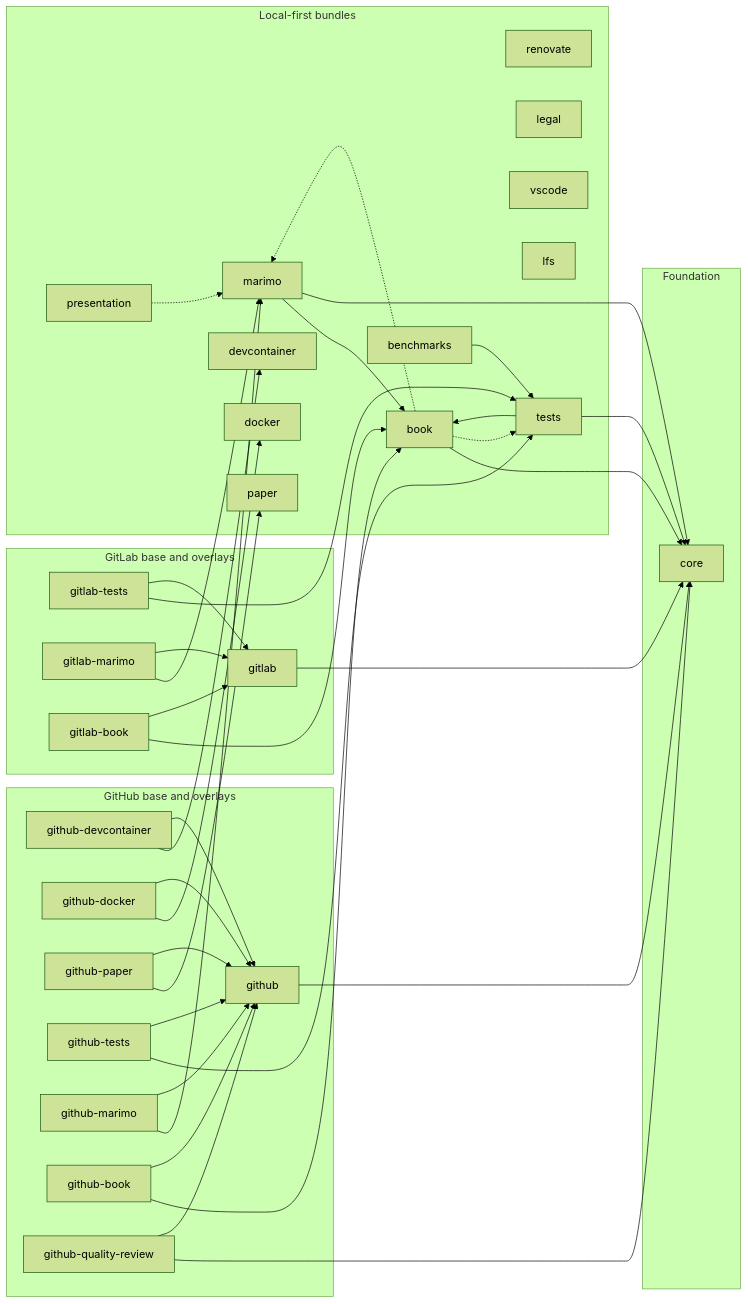
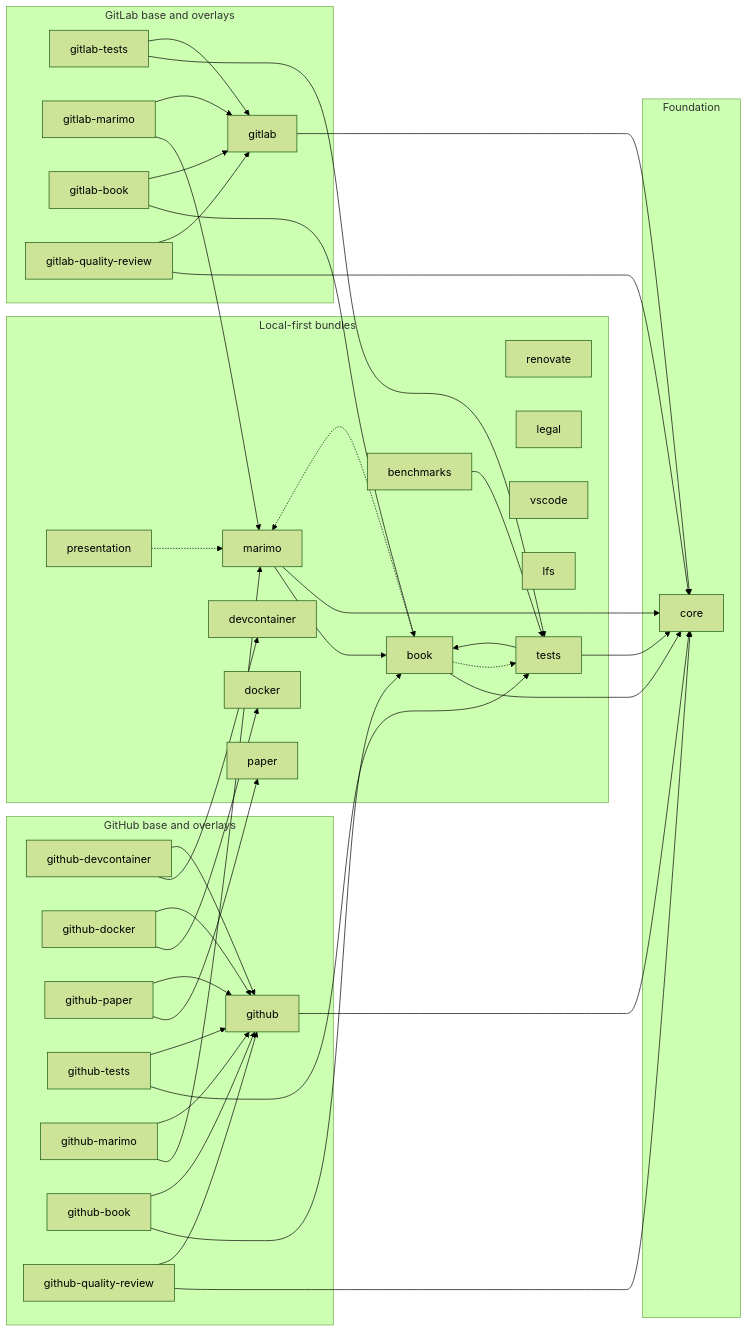
Before and after one commit to Jebel-Quant/rhiza: the diagram in docs/reference/GLOSSARY.md, drawn with Mermaid (forest theme). The commit also changed 8 other files, not shown here.

First line of the commit message:
Add GitLab parity: gitlab-quality-review overlay bundle

````diff
--- a/docs/reference/GLOSSARY.md
+++ b/docs/reference/GLOSSARY.md
@@ -42,71 +42,74 @@
 ```mermaid
 flowchart LR
     subgraph Foundation["Foundation"]
         core["core"]
     end
 
     subgraph Local["Local-first bundles"]
         renovate["renovate"]
         legal["legal"]
         devcontainer["devcontainer"]
         vscode["vscode"]
         docker["docker"]
         lfs["lfs"]
         presentation["presentation"]
         paper["paper"]
         book["book"]
         tests["tests"]
         benchmarks["benchmarks"]
         marimo["marimo"]
     end
 
     subgraph GitHub["GitHub base and overlays"]
         github["github"]
         github_devcontainer["github-devcontainer"]
         github_docker["github-docker"]
         github_paper["github-paper"]
         github_tests["github-tests"]
         github_marimo["github-marimo"]
         github_book["github-book"]
         github_quality_review["github-quality-review"]
     end
 
     subgraph GitLab["GitLab base and overlays"]
         gitlab["gitlab"]
         gitlab_tests["gitlab-tests"]
         gitlab_marimo["gitlab-marimo"]
         gitlab_book["gitlab-book"]
+        gitlab_quality_review["gitlab-quality-review"]
     end
 
     github --> core
     gitlab --> core
     book --> core
     tests --> book
     tests --> core
     benchmarks --> tests
     marimo --> book
     marimo --> core
     github_devcontainer --> devcontainer
     github_devcontainer --> github
     github_docker --> docker
     github_docker --> github
     github_paper --> paper
     github_paper --> github
     github_tests --> tests
     github_tests --> github
     github_marimo --> marimo
     github_marimo --> github
     github_book --> book
     github_book --> github
     github_quality_review --> core
     github_quality_review --> github
     gitlab_tests --> tests
     gitlab_tests --> gitlab
     gitlab_marimo --> marimo
     gitlab_marimo --> gitlab
     gitlab_book --> book
     gitlab_book --> gitlab
+    gitlab_quality_review --> core
+    gitlab_quality_review --> gitlab
     presentation -.-> marimo
     book -.-> tests
     book -.-> marimo
 ```
````
